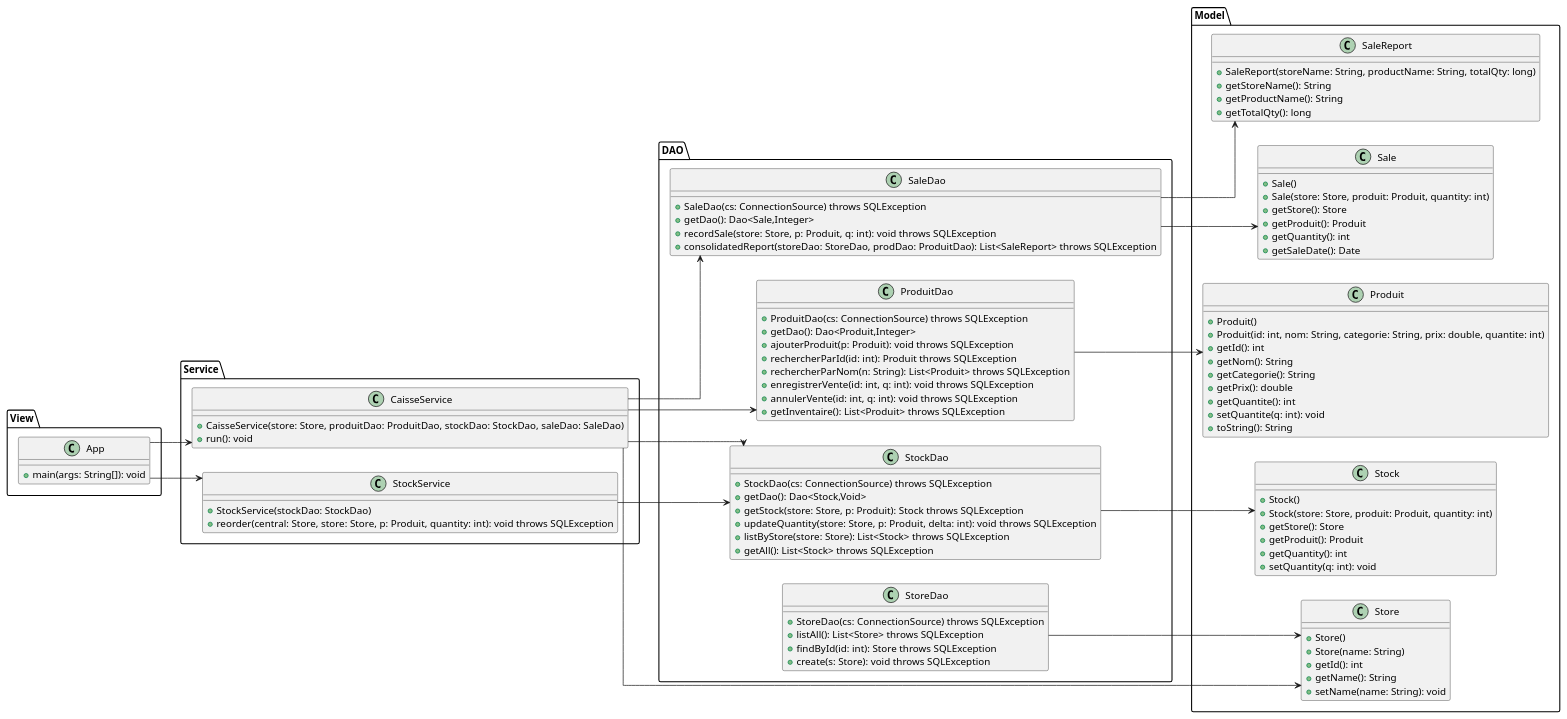
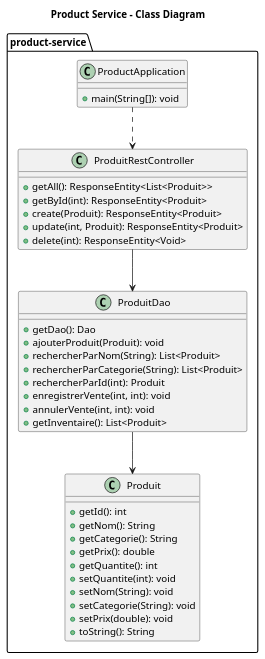
One commit to Mdyoucef99/LAB5_LOG430 changed the diagram in docs/lab5/UML/Vue_logique.puml. Above: the diagram before and after it, drawn with PlantUML. The commit also changed 11 other files, not shown here.

Commit message:
ajout diagramme

```diff
--- a/docs/lab5/UML/Vue_logique.puml
+++ b/docs/lab5/UML/Vue_logique.puml
@@ -1,128 +1,44 @@
 @startuml
-
-skinparam linetype ortho
-left to right direction
-
-package "Model" {
-  
-  class Store {
-    + Store()
-    + Store(name: String)
-    + getId(): int
-    + getName(): String
-    + setName(name: String): void
-  }
-
+title Product Service - Class Diagram
+package "product-service" {
   class Produit {
-    + Produit()
-    + Produit(id: int, nom: String, categorie: String, prix: double, quantite: int)
-    + getId(): int
-    + getNom(): String
-    + getCategorie(): String
-    + getPrix(): double
-    + getQuantite(): int
-    + setQuantite(q: int): void
-    + toString(): String
-  }
-
-  class Stock {
-    + Stock()
-    + Stock(store: Store, produit: Produit, quantity: int)
-    + getStore(): Store
-    + getProduit(): Produit
-    + getQuantity(): int
-    + setQuantity(q: int): void
-  }
-
-  class Sale {
-    + Sale()
-    + Sale(store: Store, produit: Produit, quantity: int)
-    + getStore(): Store
-    + getProduit(): Produit
-    + getQuantity(): int
-    + getSaleDate(): Date
-  }
-
-  class SaleReport {
-    + SaleReport(storeName: String, productName: String, totalQty: long)
-    + getStoreName(): String
-    + getProductName(): String
-    + getTotalQty(): long
-  }
-}
-
-package "DAO" {
-  
-  class StoreDao {
-    + StoreDao(cs: ConnectionSource) throws SQLException
-    + listAll(): List<Store> throws SQLException
-    + findById(id: int): Store throws SQLException
-    + create(s: Store): void throws SQLException
+    +getId(): int
+    +getNom(): String
+    +getCategorie(): String
+    +getPrix(): double
+    +getQuantite(): int
+    +setQuantite(int): void
+    +setNom(String): void
+    +setCategorie(String): void
+    +setPrix(double): void
+    +toString(): String
   }
 
   class ProduitDao {
-    + ProduitDao(cs: ConnectionSource) throws SQLException
-    + getDao(): Dao<Produit,Integer>
-    + ajouterProduit(p: Produit): void throws SQLException
-    + rechercherParId(id: int): Produit throws SQLException
-    + rechercherParNom(n: String): List<Produit> throws SQLException
-    + enregistrerVente(id: int, q: int): void throws SQLException
-    + annulerVente(id: int, q: int): void throws SQLException
-    + getInventaire(): List<Produit> throws SQLException
+    +getDao(): Dao
+    +ajouterProduit(Produit): void
+    +rechercherParNom(String): List<Produit>
+    +rechercherParCategorie(String): List<Produit>
+    +rechercherParId(int): Produit
+    +enregistrerVente(int, int): void
+    +annulerVente(int, int): void
+    +getInventaire(): List<Produit>
   }
 
-  class StockDao {
-    + StockDao(cs: ConnectionSource) throws SQLException
-    + getDao(): Dao<Stock,Void>
-    + getStock(store: Store, p: Produit): Stock throws SQLException
-    + updateQuantity(store: Store, p: Produit, delta: int): void throws SQLException
-    + listByStore(store: Store): List<Stock> throws SQLException
-    + getAll(): List<Stock> throws SQLException
+  class ProduitRestController {
+    +getAll(): ResponseEntity<List<Produit>>
+    +getById(int): ResponseEntity<Produit>
+    +create(Produit): ResponseEntity<Produit>
+    +update(int, Produit): ResponseEntity<Produit>
+    +delete(int): ResponseEntity<Void>
   }
 
-  class SaleDao {
-    + SaleDao(cs: ConnectionSource) throws SQLException
-    + getDao(): Dao<Sale,Integer>
-    + recordSale(store: Store, p: Produit, q: int): void throws SQLException
-    + consolidatedReport(storeDao: StoreDao, prodDao: ProduitDao): List<SaleReport> throws SQLException
-  }
-}
-
-
-package "Service" {
-
-  class StockService {
-    + StockService(stockDao: StockDao)
-    + reorder(central: Store, store: Store, p: Produit, quantity: int): void throws SQLException
+  class ProductApplication {
+    +main(String[]): void
   }
 
-  class CaisseService {
-    + CaisseService(store: Store, produitDao: ProduitDao, stockDao: StockDao, saleDao: SaleDao)
-    + run(): void
-  }
+  ProduitDao --> Produit
+  ProduitRestController --> ProduitDao
+  ProductApplication ..> ProduitRestController
 }
-
-package "View" {
-
-  class App {
-    + main(args: String[]): void
-  }
-}
-
-App               --> CaisseService
-App               --> StockService
-
-CaisseService     --> Store
-CaisseService     --> ProduitDao
-CaisseService     --> StockDao
-CaisseService     --> SaleDao
-
-StockService      --> StockDao
-
-StoreDao          --> Store
-ProduitDao        --> Produit
-StockDao          --> Stock
-SaleDao           --> Sale
-SaleDao           --> SaleReport
-
 @enduml
```
